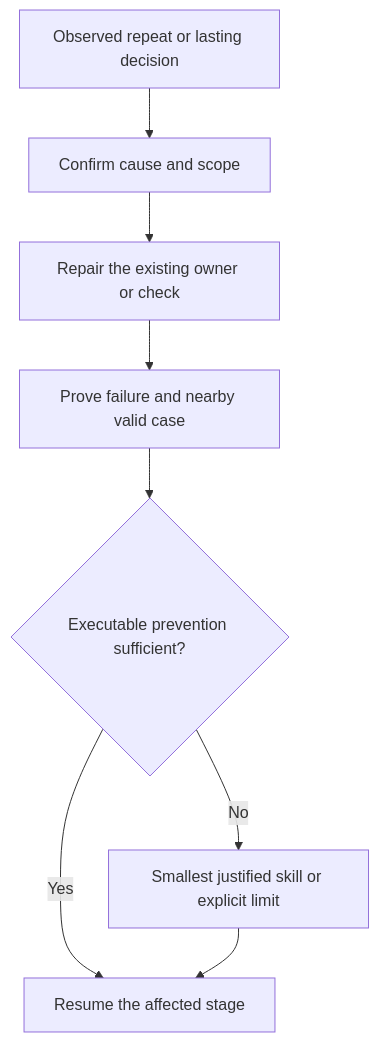
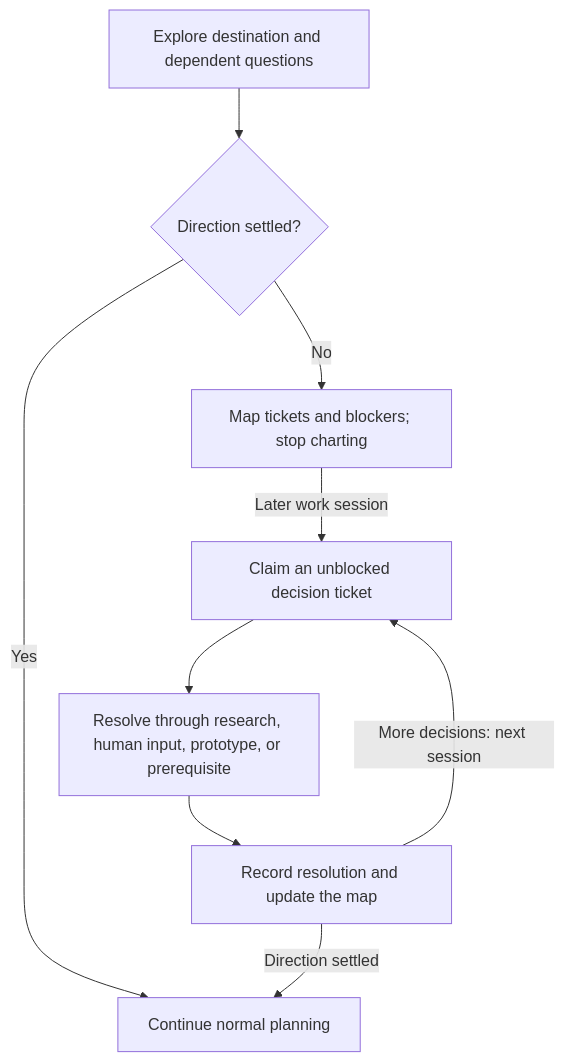
Before and after one commit to sgaabdu4/hard-eng: the third of 7 diagrams in README.md, drawn with Mermaid. The commit also changed other lines of this file and 1 other file, not shown here.

Commit message:
Explain the complete workflow with sequential Mermaid diagrams

````diff
--- a/README.md
+++ b/README.md
@@ -93,10 +100,11 @@
 ```mermaid
 flowchart TD
-  A[Observed repeat or lasting decision] --> B[Confirm cause and scope]
-  B --> C[Repair the existing owner or check]
-  C --> D[Prove failure and nearby valid case]
-  D --> E{Executable prevention sufficient?}
-  E -->|Yes| F[Resume the affected stage]
-  E -->|No| G[Smallest justified skill or explicit limit]
-  G --> F
+  A[Explore destination and dependent questions] --> B{Direction settled?}
+  B -->|Yes| P[Continue normal planning]
+  B -->|No| M[Map tickets and blockers; stop charting]
+  M -->|Later work session| T[Claim an unblocked decision ticket]
+  T --> R[Resolve through research, human input, prototype, or prerequisite]
+  R --> U[Record resolution and update the map]
+  U -->|Direction settled| P
+  U -->|More decisions: next session| T
 ```
````
